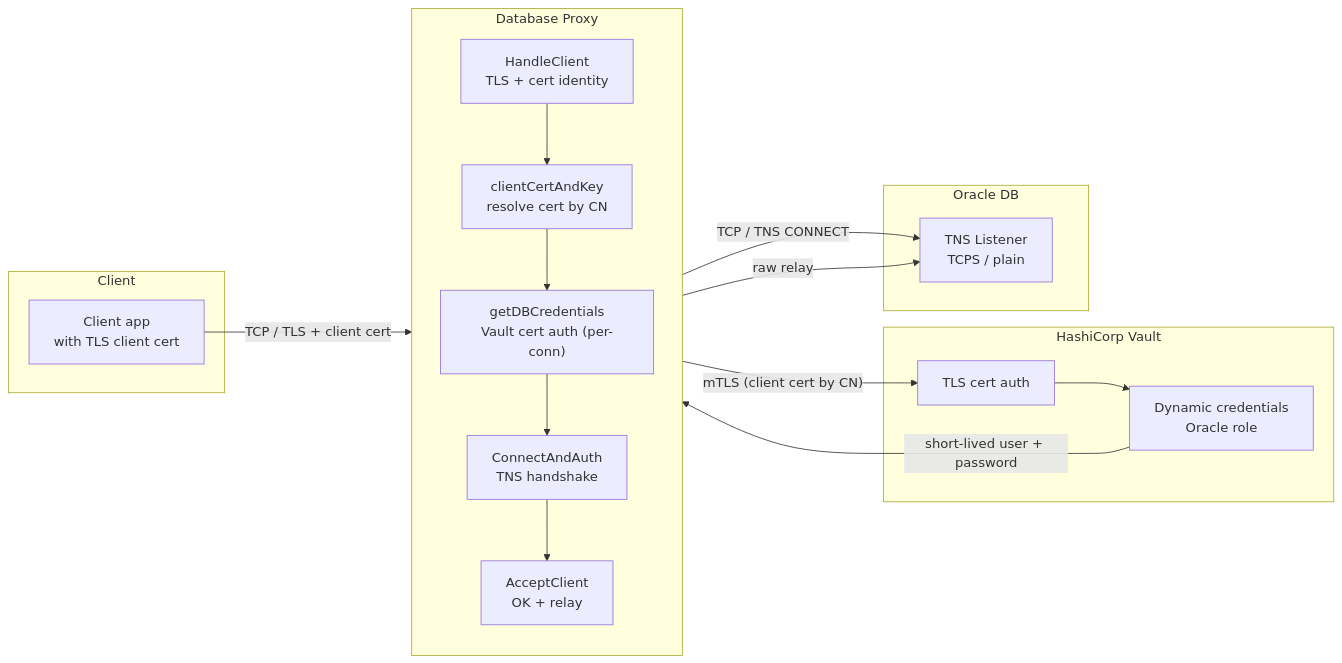
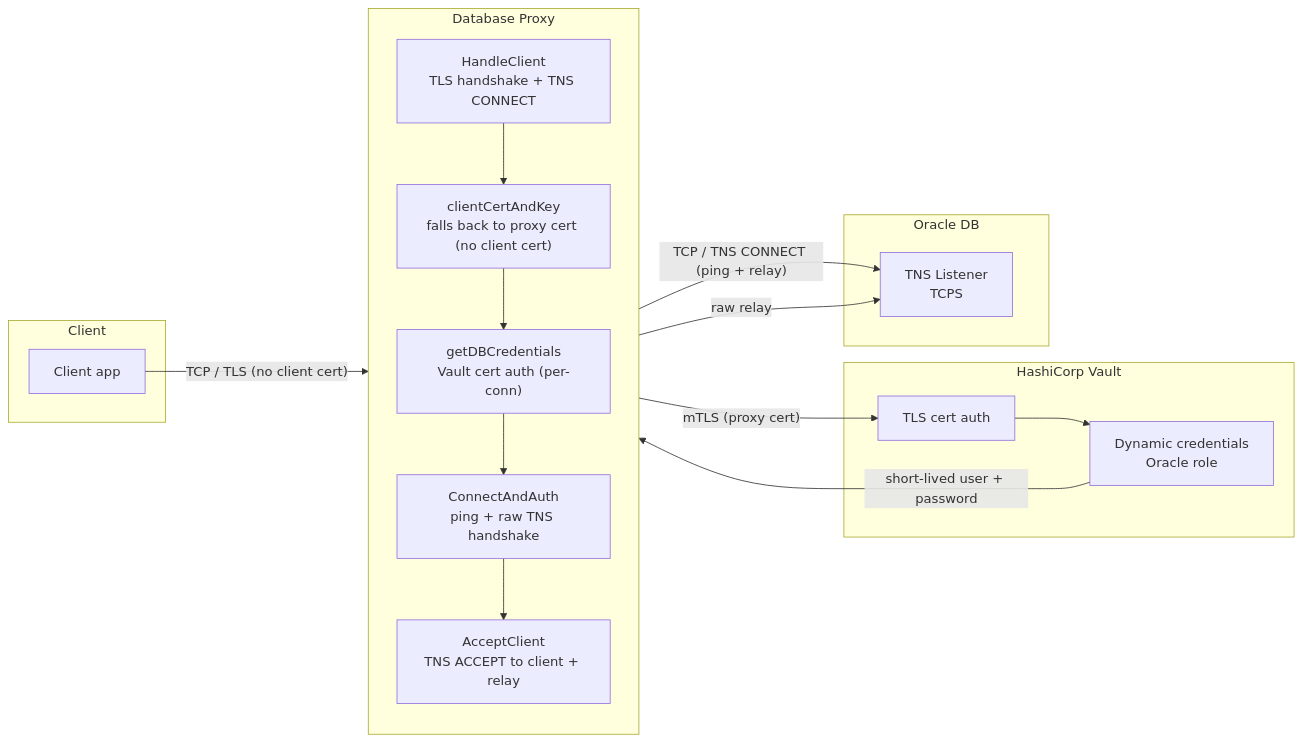
Before and after one commit to matmazurk/database-proxy: the first of 2 diagrams in docs/oracle-proxy-overview.md, drawn with Mermaid. The commit also changed other lines of this file and 1 other file, not shown here.

Commit message:
update diagrams

````diff
--- a/docs/oracle-proxy-overview.md
+++ b/docs/oracle-proxy-overview.md
@@ -7,32 +7,32 @@
 ```mermaid
 flowchart LR
     subgraph Client
-        C["Client app<br/>with TLS client cert"]
+        C["Client app"]
     end
 
     subgraph Proxy["Database Proxy"]
         direction TB
-        P1["HandleClient<br/>TLS + cert identity"]
-        P2["clientCertAndKey<br/>resolve cert by CN"]
+        P1["HandleClient<br/>TLS handshake + TNS CONNECT"]
+        P2["clientCertAndKey<br/>falls back to proxy cert (no client cert)"]
         P3["getDBCredentials<br/>Vault cert auth (per-conn)"]
-        P4["ConnectAndAuth<br/>TNS handshake"]
-        P5["AcceptClient<br/>OK + relay"]
+        P4["ConnectAndAuth<br/>ping + raw TNS handshake"]
+        P5["AcceptClient<br/>TNS ACCEPT to client + relay"]
         P1 --> P2 --> P3 --> P4 --> P5
     end
 
     subgraph Vault["HashiCorp Vault"]
         V1[TLS cert auth]
         V2["Dynamic credentials<br/>Oracle role"]
         V1 --> V2
     end
 
     subgraph Oracle["Oracle DB"]
-        O1["TNS Listener<br/>TCPS / plain"]
+        O1["TNS Listener<br/>TCPS"]
     end
 
-    C -- "TCP / TLS + client cert" --> P1
-    P3 -- "mTLS (client cert by CN)" --> V1
+    C -- "TCP / TLS (no client cert)" --> P1
+    P3 -- "mTLS (proxy cert)" --> V1
     V2 -- "short-lived user + password" --> P4
-    P4 -- "TCP / TNS CONNECT" --> O1
+    P4 -- "TCP / TNS CONNECT (ping + relay)" --> O1
     P5 -- "raw relay" --> O1
 ```
````
